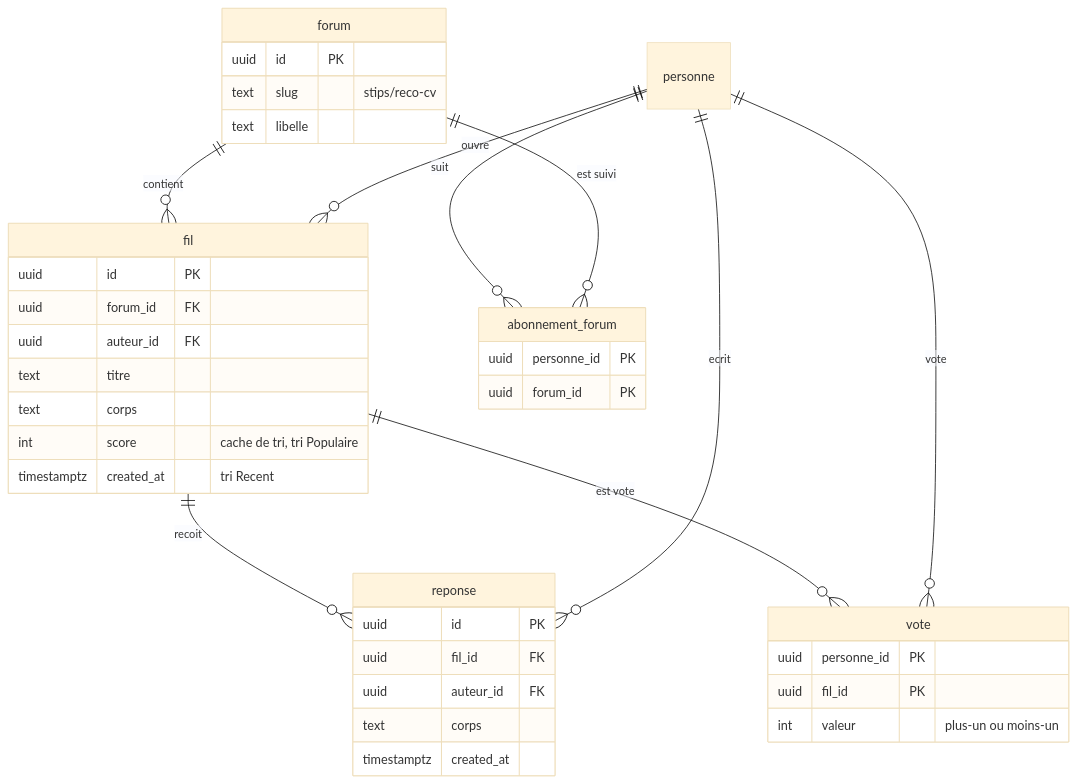
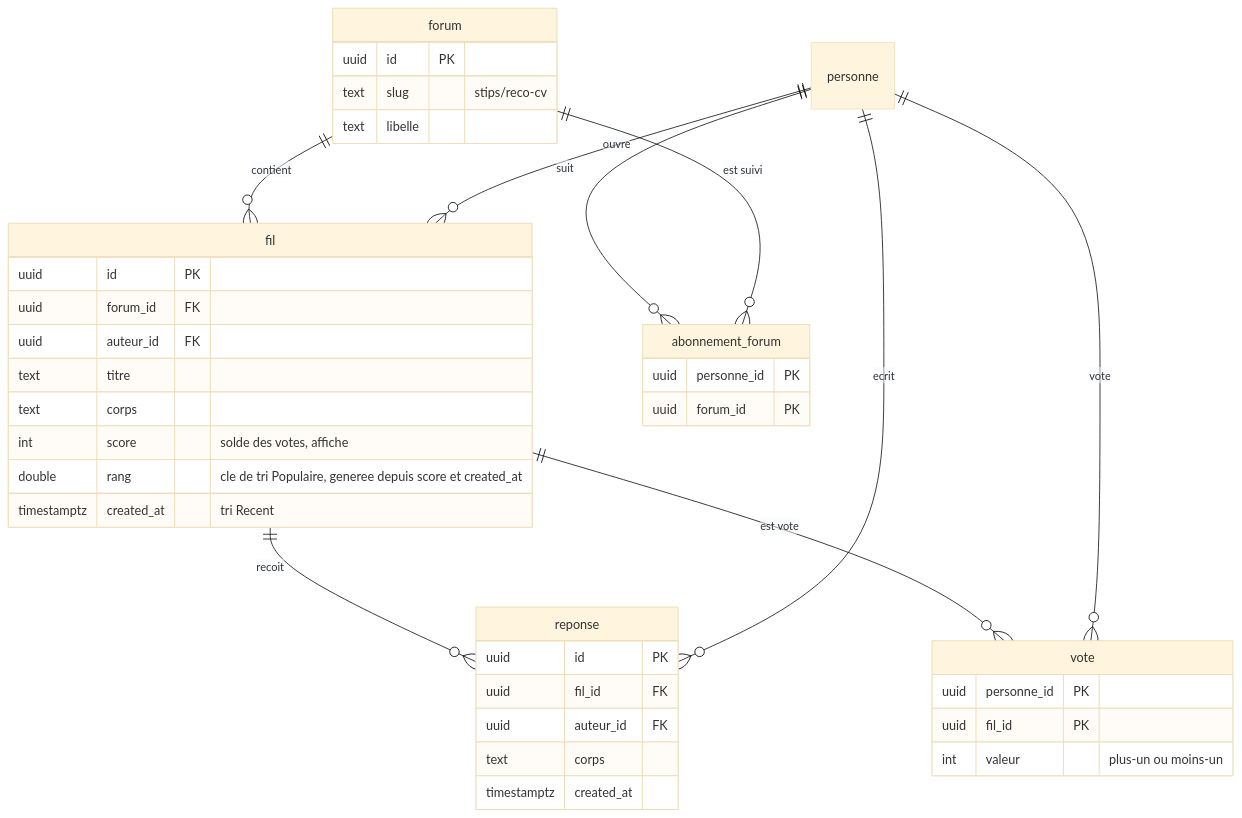
One commit to Romain-Perche/Stips changed the second of 5 diagrams in backend/SCHEMA.md. Above: the diagram before and after it, drawn with Mermaid (base theme). The commit also changed other lines of this file and 1 other file, not shown here.

````diff
--- a/backend/SCHEMA.md
+++ b/backend/SCHEMA.md
@@ -91,43 +95,44 @@
 ```mermaid
 erDiagram
     personne
     forum {
         uuid id PK
         text slug "stips/reco-cv"
         text libelle
     }
     fil {
         uuid id PK
         uuid forum_id FK
         uuid auteur_id FK
         text titre
         text corps
-        int score "cache de tri, tri Populaire"
+        int score "solde des votes, affiche"
+        double rang "cle de tri Populaire, generee depuis score et created_at"
         timestamptz created_at "tri Recent"
     }
     reponse {
         uuid id PK
         uuid fil_id FK
         uuid auteur_id FK
         text corps
         timestamptz created_at
     }
     vote {
         uuid personne_id PK
         uuid fil_id PK
         int valeur "plus-un ou moins-un"
     }
     abonnement_forum {
         uuid personne_id PK
         uuid forum_id PK
     }
 
     forum    ||--o{ fil              : "contient"
     personne ||--o{ fil              : "ouvre"
     fil      ||--o{ reponse          : "recoit"
     personne ||--o{ reponse          : "ecrit"
     fil      ||--o{ vote             : "est vote"
     personne ||--o{ vote             : "vote"
     personne ||--o{ abonnement_forum : "suit"
     forum    ||--o{ abonnement_forum : "est suivi"
 ```
````
